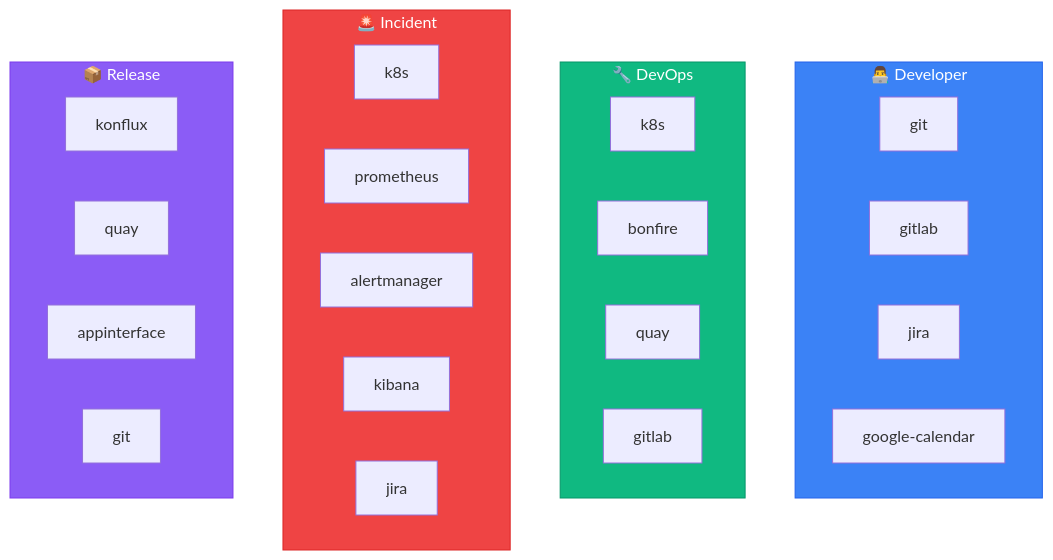
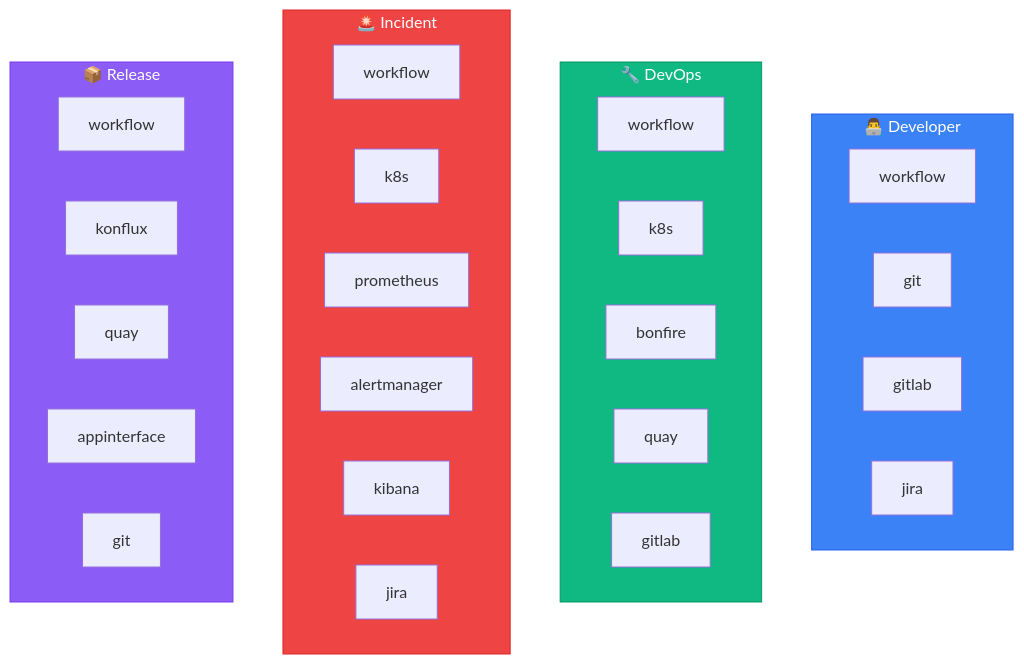
The second of 2 diagrams in docs/agents/README.md (dmzoneill/redhat-ai-workflow), drawn with Mermaid before and after one commit. The commit also changed other lines of this file and 2 other files, not shown here.

````diff
--- a/docs/agents/README.md
+++ b/docs/agents/README.md
@@ -61,36 +65,39 @@
 ```mermaid
 graph TD
     subgraph Developer["👨‍💻 Developer"]
+        D_WF[workflow]
         D_GIT[git]
         D_GITLAB[gitlab]
         D_JIRA[jira]
-        D_CAL[google-calendar]
     end
     
     subgraph DevOps["🔧 DevOps"]
+        O_WF[workflow]
         O_K8S[k8s]
         O_BON[bonfire]
         O_QUAY[quay]
         O_GITLAB[gitlab]
     end
     
     subgraph Incident["🚨 Incident"]
+        I_WF[workflow]
         I_K8S[k8s]
         I_PROM[prometheus]
         I_ALERT[alertmanager]
         I_KIB[kibana]
         I_JIRA[jira]
     end
     
     subgraph Release["📦 Release"]
+        R_WF[workflow]
         R_KON[konflux]
         R_QUAY[quay]
         R_APP[appinterface]
         R_GIT[git]
     end
     
     style Developer fill:#3b82f6,stroke:#2563eb,color:#fff
     style DevOps fill:#10b981,stroke:#059669,color:#fff
     style Incident fill:#ef4444,stroke:#dc2626,color:#fff
     style Release fill:#8b5cf6,stroke:#7c3aed,color:#fff
 ```
````
